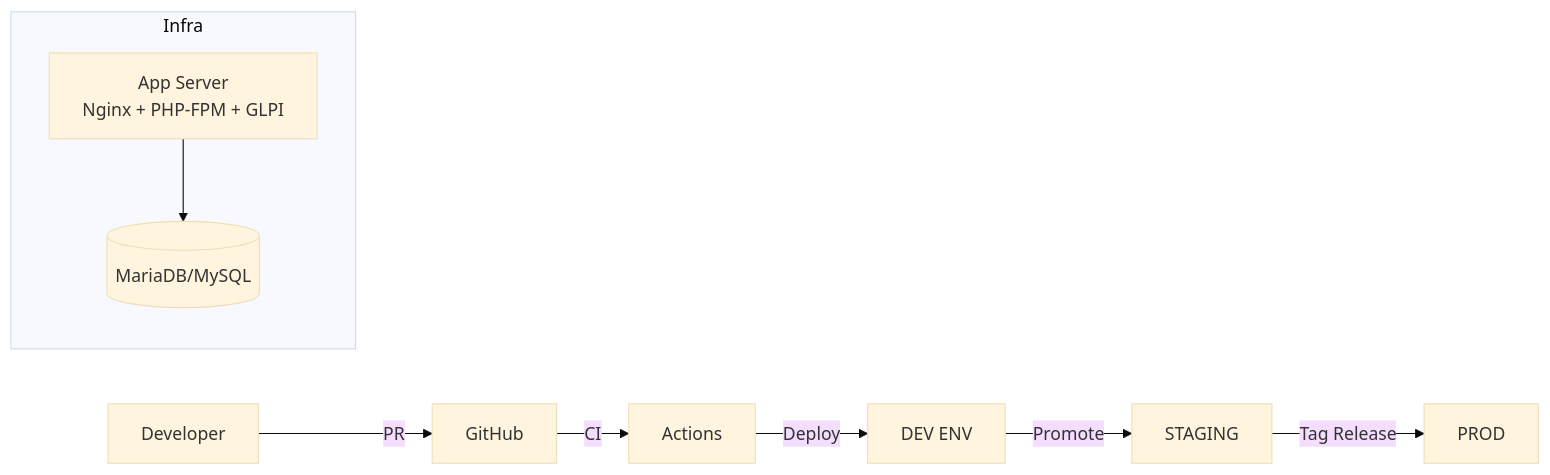
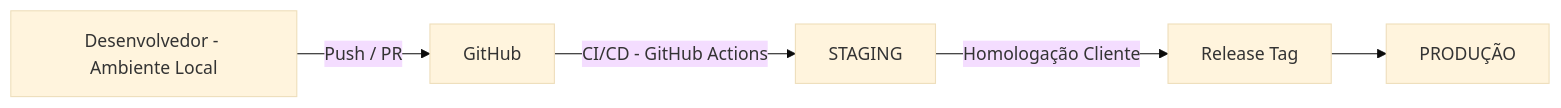
The first of 2 diagrams in README.md (renatovaladares85/glpi-operations-kit), drawn with Mermaid (base theme) before and after one commit. The commit also changed other lines of this file, not shown here.

`````diff
--- a/README.md
+++ b/README.md
@@ -42,15 +61,7 @@
 ```mermaid
 flowchart LR
-    Dev[Developer] -->|PR| GitHub
-    GitHub -->|CI| Actions
-    Actions -->|Deploy| DEV[DEV ENV]
-    DEV -->|Promote| STG[STAGING]
-    STG -->|Tag Release| PROD[PROD]
-
-    subgraph Infra
-        APP[App Server\nNginx + PHP-FPM + GLPI]
-        DB[(MariaDB/MySQL)]
-    end
-
-    APP --> DB
-````
+    Dev[Desenvolvedor - Ambiente Local] -->|Push / PR| GitHub
+    GitHub -->|CI/CD - GitHub Actions| STG[STAGING]
+    STG -->|Homologação Cliente| REL[Release Tag]
+    REL --> PROD[PRODUÇÃO]
+```
`````
